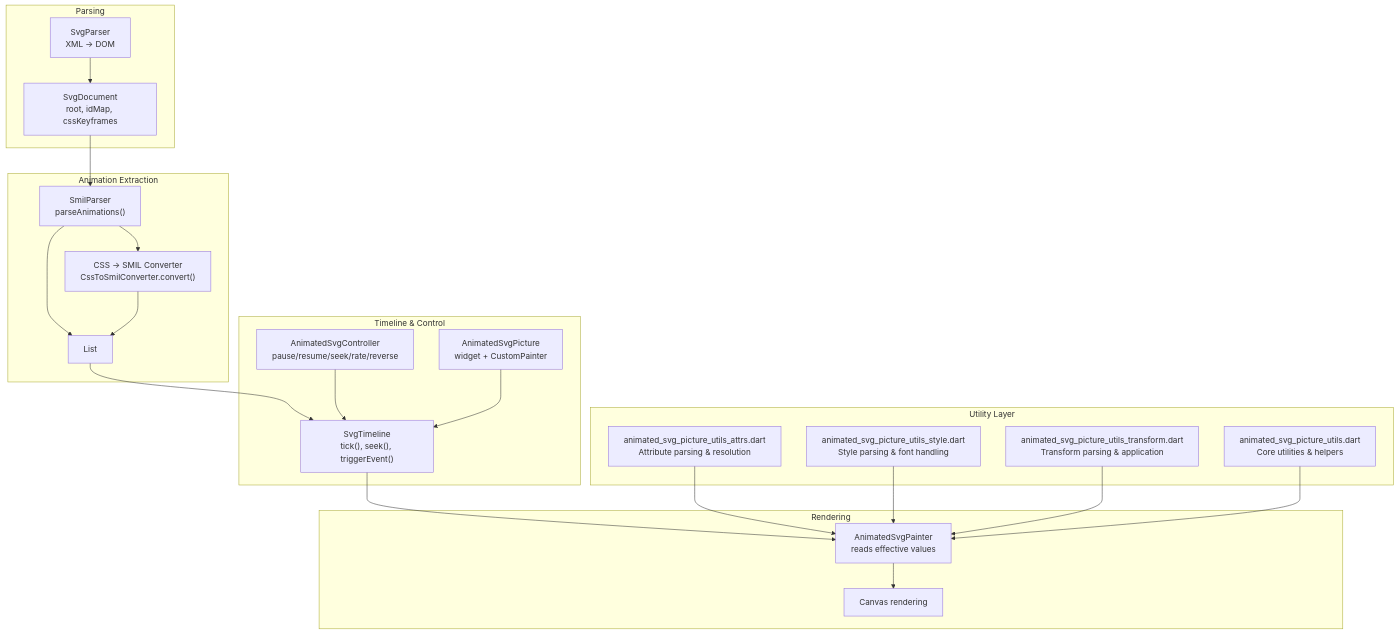
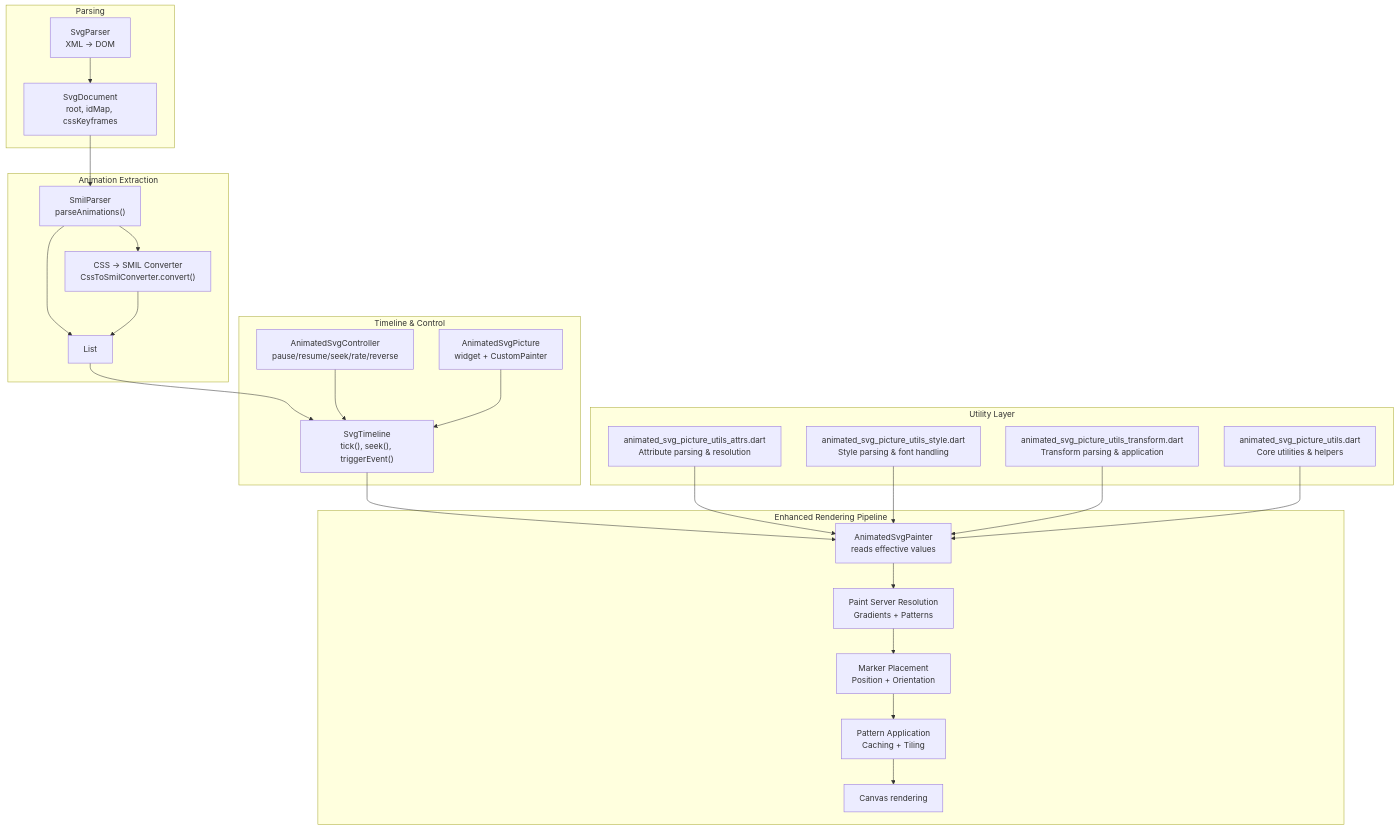
Before and after one commit to denisnadey/flutter_full_svg_support: the first of 22 diagrams in .qoder/repowiki/en/content/Animated SVG Support/Animated SVG Support.md, drawn with Mermaid. The commit also changed other lines of this file and 86 other files, not shown here.

````diff
--- a/.qoder/repowiki/en/content/Animated SVG Support/Animated SVG Support.md
+++ b/.qoder/repowiki/en/content/Animated SVG Support/Animated SVG Support.md
@@ -58,27 +71,30 @@
 ```mermaid
 graph TB
 subgraph "Parsing"
 A["SvgParser<br/>XML → DOM"] --> B["SvgDocument<br/>root, idMap, cssKeyframes"]
 end
 subgraph "Animation Extraction"
 B --> C["SmilParser<br/>parseAnimations()"]
 C --> D["List<SmilAnimation>"]
 C --> E["CSS → SMIL Converter<br/>CssToSmilConverter.convert()"]
 E --> D
 end
 subgraph "Timeline & Control"
 D --> F["SvgTimeline<br/>tick(), seek(), triggerEvent()"]
 G["AnimatedSvgController<br/>pause/resume/seek/rate/reverse"] --> F
 H["AnimatedSvgPicture<br/>widget + CustomPainter"] --> F
 end
-subgraph "Rendering"
+subgraph "Enhanced Rendering Pipeline"
 F --> I["AnimatedSvgPainter<br/>reads effective values"]
-I --> J["Canvas rendering"]
+I --> J["Paint Server Resolution<br/>Gradients + Patterns"]
+J --> K["Marker Placement<br/>Position + Orientation"]
+K --> L["Pattern Application<br/>Caching + Tiling"]
+L --> M["Canvas rendering"]
 end
 subgraph "Utility Layer"
-K["animated_svg_picture_utils_attrs.dart<br/>Attribute parsing & resolution"] --> I
-L["animated_svg_picture_utils_style.dart<br/>Style parsing & font handling"] --> I
-M["animated_svg_picture_utils_transform.dart<br/>Transform parsing & application"] --> I
-N["animated_svg_picture_utils.dart<br/>Core utilities & helpers"] --> I
+N["animated_svg_picture_utils_attrs.dart<br/>Attribute parsing & resolution"] --> I
+O["animated_svg_picture_utils_style.dart<br/>Style parsing & font handling"] --> I
+P["animated_svg_picture_utils_transform.dart<br/>Transform parsing & application"] --> I
+Q["animated_svg_picture_utils.dart<br/>Core utilities & helpers"] --> I
 end
 ```
````
